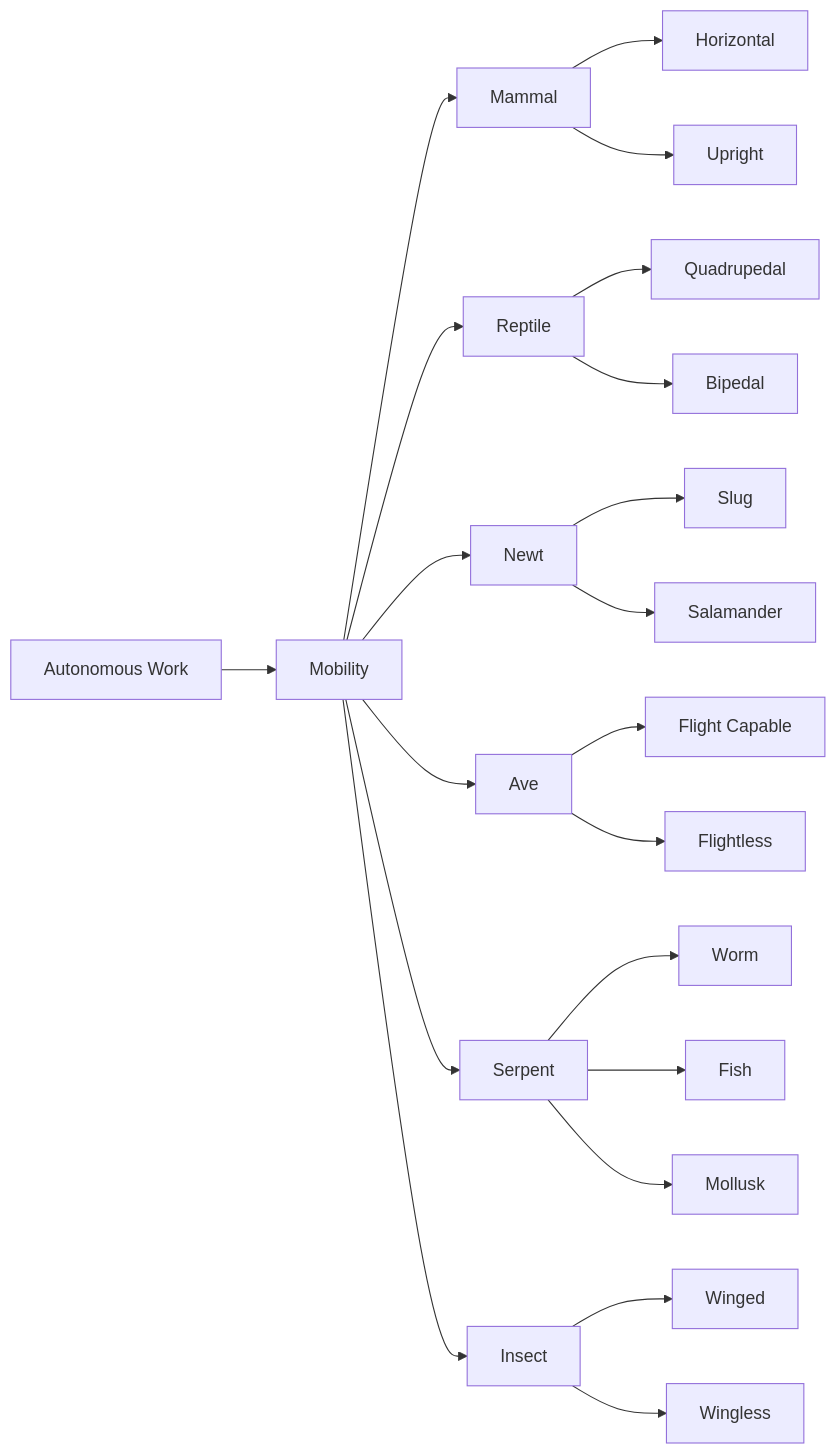
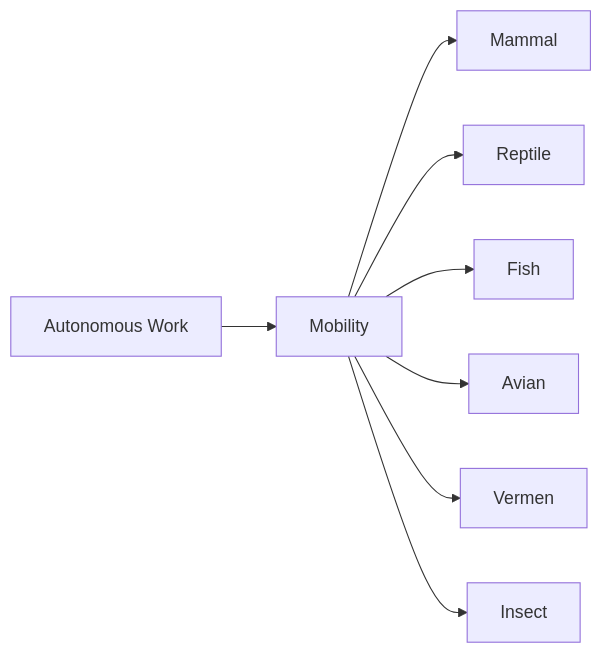
Before and after one commit to RagtimeGal/quartz--encyclopedia-mysenvaria: the third of 3 diagrams in content/Encyclopedia Mysenvaria/Culture/Sciences & Technologies/Scientific Theories & Laws/Evolutionary Classification.md, drawn with Mermaid. The commit also changed other lines of this file and 22 other files, not shown here.

````diff
--- a/content/Encyclopedia Mysenvaria/Culture/Sciences & Technologies/Scientific Theories & Laws/Evolutionary Classification.md
+++ b/content/Encyclopedia Mysenvaria/Culture/Sciences & Technologies/Scientific Theories & Laws/Evolutionary Classification.md
@@ -57,24 +46,11 @@
 ```mermaid
 graph LR
 Taxa[Autonomous Work]
 Taxa-->Taxa2[Mobility]
 Taxa2-->Taxa21[Mammal]
-Taxa21-->Taxa211[Horizontal]
-Taxa21-->Taxa212[Upright]
 Taxa2-->Taxa22[Reptile]
-Taxa22-->Taxa221[Quadrupedal]
-Taxa22-->Taxa222[Bipedal]
-Taxa2-->Taxa23[Newt]
-Taxa23-->Taxa231[Slug]
-Taxa23-->Taxa233[Salamander]
-Taxa2-->Taxa24[Ave]
-Taxa24-->Taxa241[Flight Capable]
-Taxa24-->Taxa242[Flightless]
-Taxa2-->Taxa25[Serpent]
-Taxa25-->Taxa251[Worm]
-Taxa25-->Taxa252[Fish]
-Taxa25-->Taxa253[Mollusk]
+Taxa2-->Taxa23[Fish]
+Taxa2-->Taxa24[Avian]
+Taxa2-->Taxa25[Vermen]
 Taxa2-->Taxa26[Insect]
-Taxa26-->Taxa261[Winged]
-Taxa26-->Taxa262[Wingless]
 ```
````
